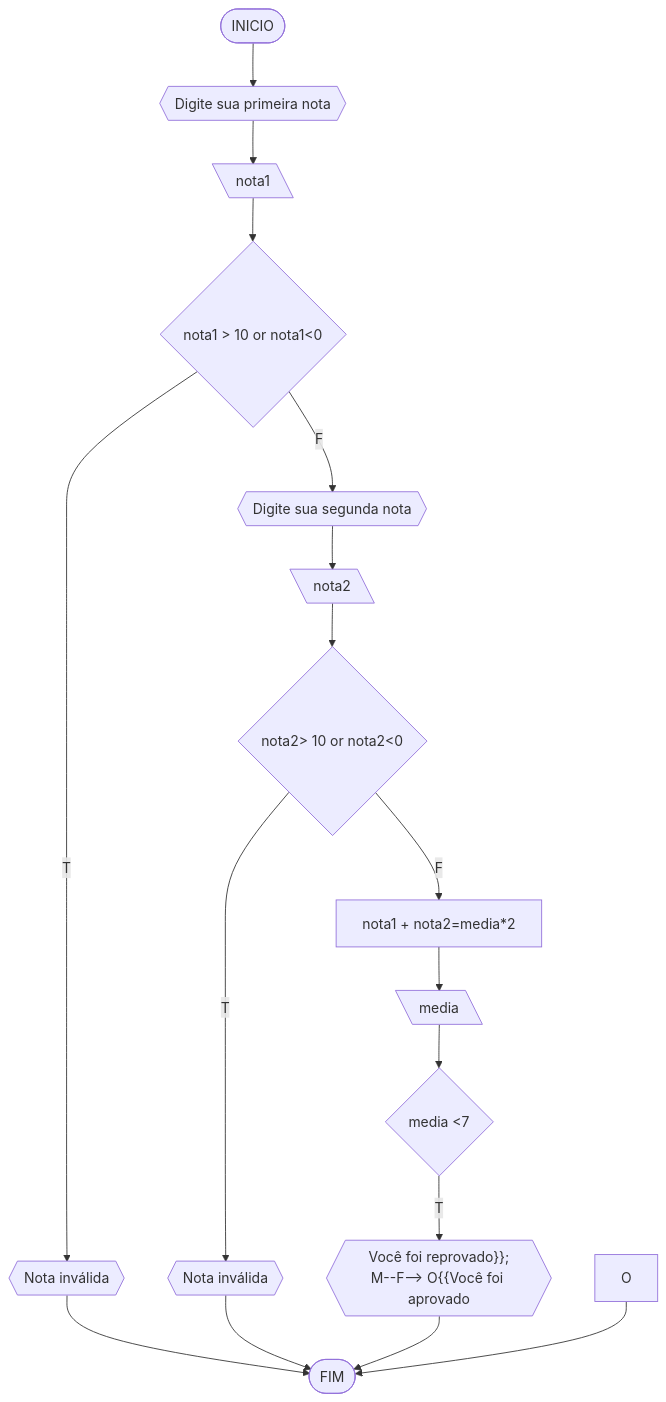
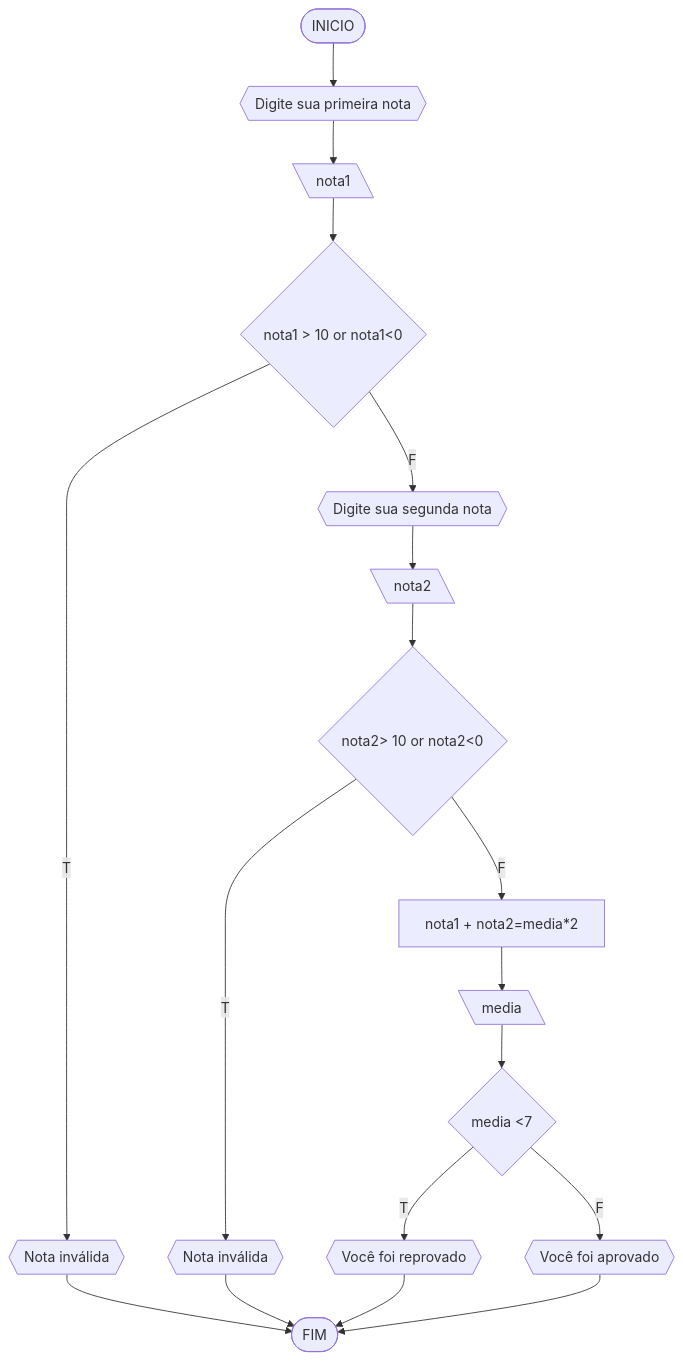
The third of 4 diagrams in codigos.md (MozillaFirefox/UNIFOR), drawn with Mermaid before and after one commit.

````diff
--- a/codigos.md
+++ b/codigos.md
@@ -111,20 +111,20 @@
 ```mermaid
 flowchart TD
 A([INICIO]) --> B{{"Digite sua primeira nota"}}
 B-->C[\nota1\]
 C-->D{nota1 > 10 or nota1<0}
 D--T--> E{{"Nota inválida"}}
 D--F--> F{{Digite sua segunda nota}}
 F--> G[\nota2\]
 G--> H{nota2> 10 or nota2<0}
 H--T--> I{{"Nota inválida"}}
 H--F-->J[nota1 + nota2=media*2]
 J--> L[\media\]
 L--> M{media <7}
-M--T--> N{{"Você foi reprovado}};
-M--F--> O{{"Você foi aprovado}}
+M--T--> N{{"Você foi reprovado"}}
+M--F--> O{{"Você foi aprovado"}}
 E-->P([FIM])
 I-->P
 N-->P
 O-->P
 ```
````
